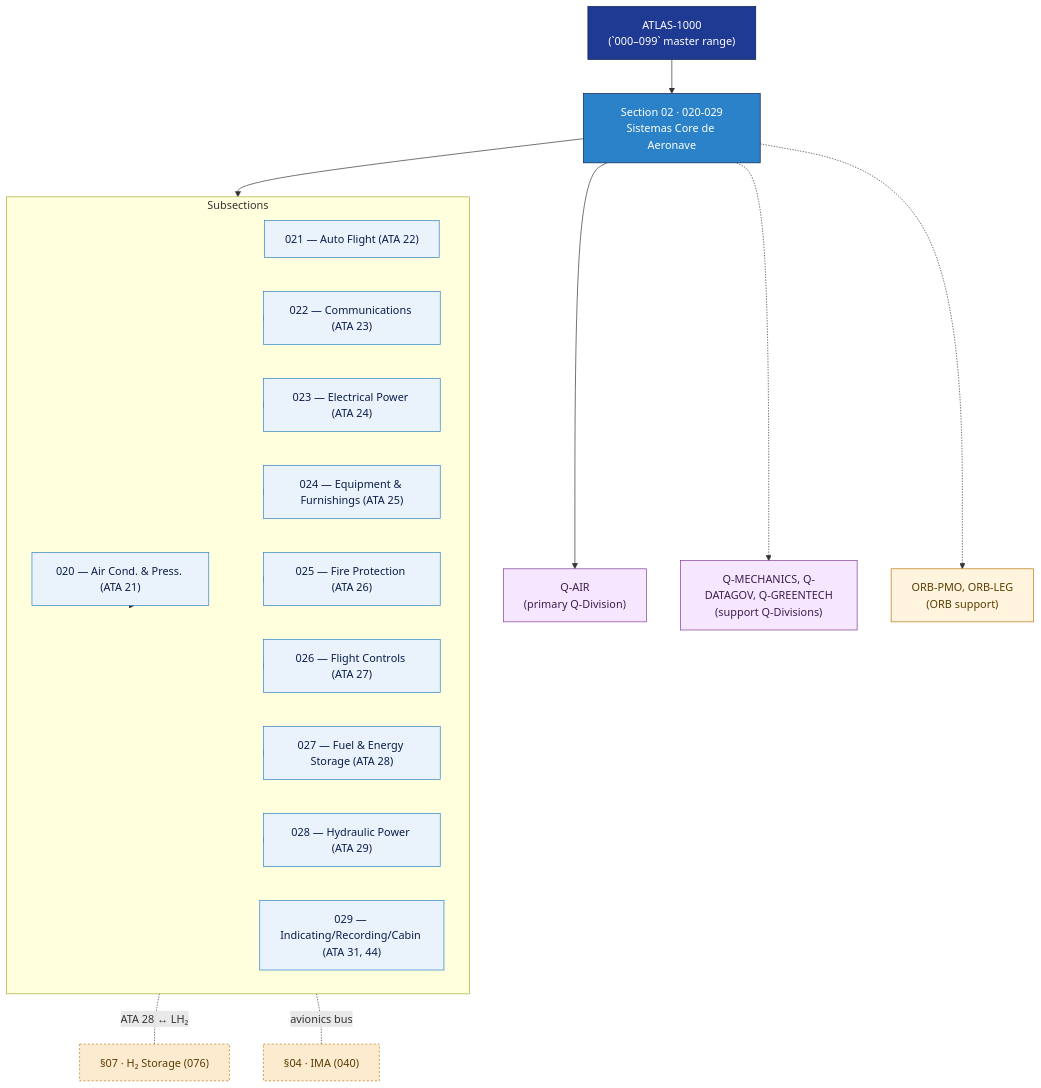
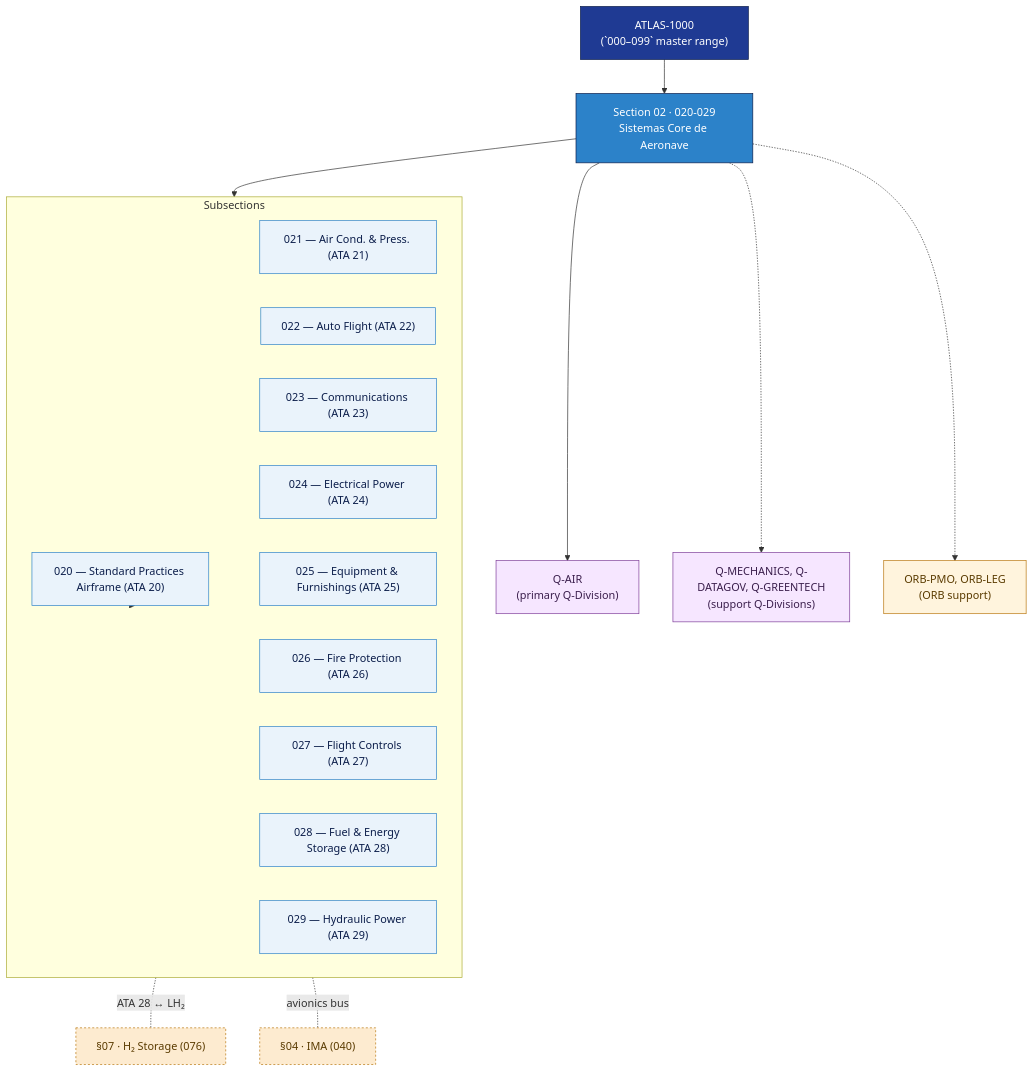
The diagram in Q+ATLANTIDE/000-099_ATLAS/020-029_Sistemas-Core-de-Aeronave/README.md (AmedeoPelliccia/Qplus-For-All-Queer-People-and-Quantum), drawn with Mermaid before and after one commit. The commit also changed other lines of this file and 10 other files, not shown here.

````diff
--- a/Q+ATLANTIDE/000-099_ATLAS/020-029_Sistemas-Core-de-Aeronave/README.md
+++ b/Q+ATLANTIDE/000-099_ATLAS/020-029_Sistemas-Core-de-Aeronave/README.md
@@ -55,51 +55,51 @@
 ```mermaid
 flowchart TB
     PARENT["ATLAS-1000<br/>(`000–099` master range)"]:::parent
     SEC["Section 02 · 020-029<br/>Sistemas Core de Aeronave"]:::sec
     PARENT --> SEC
 
     subgraph SUBS["Subsections"]
         direction LR
-        SUB_020["020 — Air Cond. & Press. (ATA 21)"]:::sub
-        SUB_021["021 — Auto Flight (ATA 22)"]:::sub
-        SUB_022["022 — Communications (ATA 23)"]:::sub
-        SUB_023["023 — Electrical Power (ATA 24)"]:::sub
-        SUB_024["024 — Equipment & Furnishings (ATA 25)"]:::sub
-        SUB_025["025 — Fire Protection (ATA 26)"]:::sub
-        SUB_026["026 — Flight Controls (ATA 27)"]:::sub
-        SUB_027["027 — Fuel & Energy Storage (ATA 28)"]:::sub
-        SUB_028["028 — Hydraulic Power (ATA 29)"]:::sub
-        SUB_029["029 — Indicating/Recording/Cabin (ATA 31, 44)"]:::sub
+        SUB_020["020 — Standard Practices Airframe (ATA 20)"]:::sub
+        SUB_021["021 — Air Cond. & Press. (ATA 21)"]:::sub
+        SUB_022["022 — Auto Flight (ATA 22)"]:::sub
+        SUB_023["023 — Communications (ATA 23)"]:::sub
+        SUB_024["024 — Electrical Power (ATA 24)"]:::sub
+        SUB_025["025 — Equipment & Furnishings (ATA 25)"]:::sub
+        SUB_026["026 — Fire Protection (ATA 26)"]:::sub
+        SUB_027["027 — Flight Controls (ATA 27)"]:::sub
+        SUB_028["028 — Fuel & Energy Storage (ATA 28)"]:::sub
+        SUB_029["029 — Hydraulic Power (ATA 29)"]:::sub
     end
     SEC --> SUBS
 
     QPRIM["Q-AIR<br/>(primary Q-Division)"]:::qdiv
     QSUPP["Q-MECHANICS, Q-DATAGOV, Q-GREENTECH<br/>(support Q-Divisions)"]:::qdiv
     ORB["ORB-PMO, ORB-LEG<br/>(ORB support)"]:::orb
 
     SEC --> QPRIM
     SEC -.-> QSUPP
     SEC -.-> ORB
 
     SUBS --> SUB_020
     SUBS --> SUB_021
     SUBS --> SUB_022
     SUBS --> SUB_023
     SUBS --> SUB_024
     SUBS --> SUB_025
     SUBS --> SUB_026
     SUBS --> SUB_027
     SUBS --> SUB_028
     SUBS --> SUB_029
     EXT_S07["§07 · H₂ Storage (076)"]:::ext
-    SUB_027 -. "ATA 28 ↔ LH₂" .- EXT_S07
+    SUB_028 -. "ATA 28 ↔ LH₂" .- EXT_S07
     EXT_S04["§04 · IMA (040)"]:::ext
-    SUB_021 -. "avionics bus" .- EXT_S04
+    SUB_022 -. "avionics bus" .- EXT_S04
 
     classDef parent fill:#1f3a93,stroke:#0b1d4a,color:#fff
     classDef sec fill:#2c82c9,stroke:#0b1d4a,color:#fff
     classDef sub fill:#eaf3fb,stroke:#2c82c9,color:#0b1d4a
     classDef qdiv fill:#f6e6ff,stroke:#7d3c98,color:#3b1f4d
     classDef orb fill:#fff4dd,stroke:#b9770e,color:#5a3b00
     classDef ext fill:#fdebd0,stroke:#b9770e,color:#5a3b00,stroke-dasharray:3 3
 ```
````
